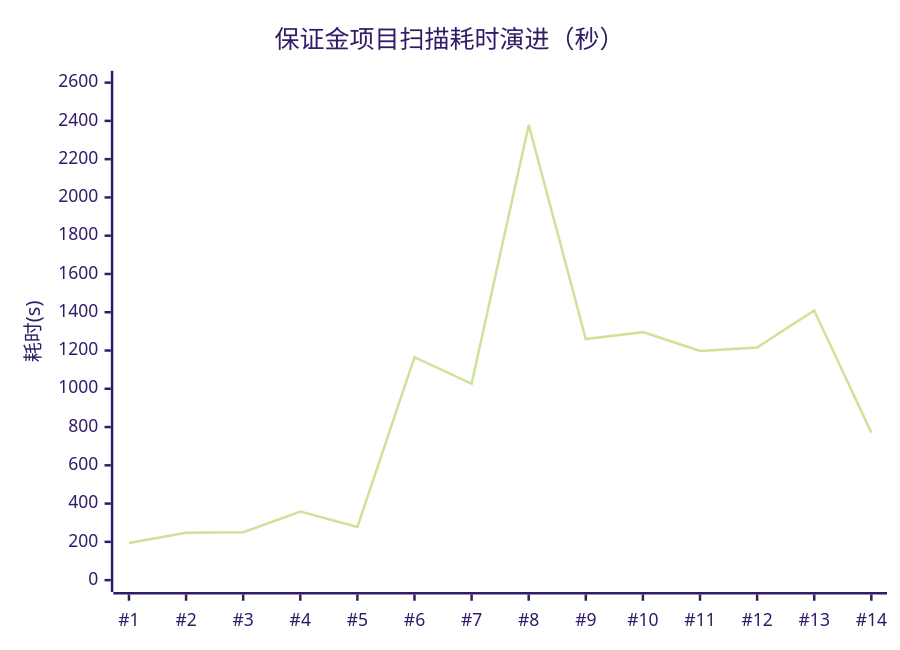
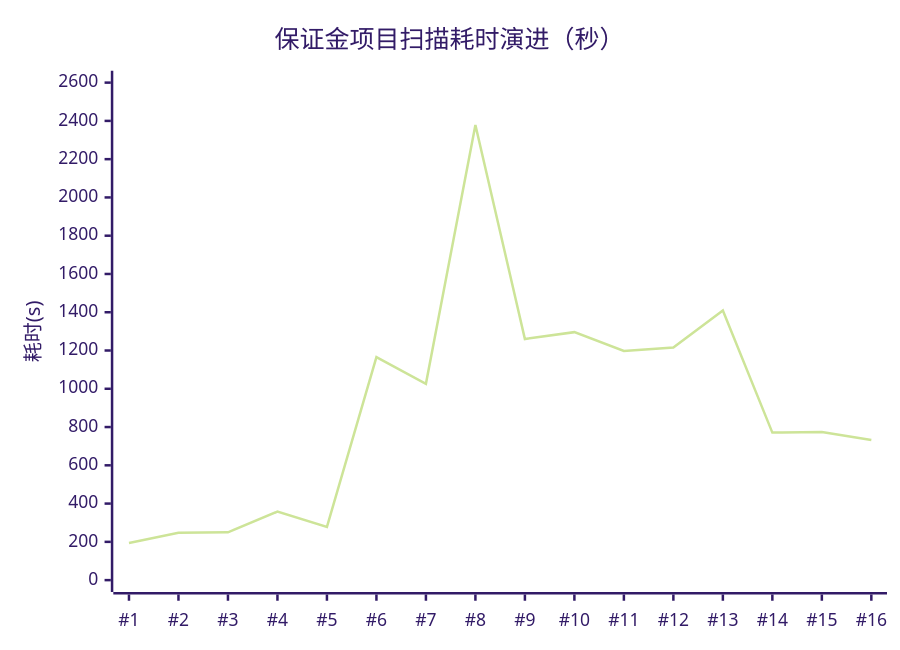
Before and after one commit to loveliunian/LegacyGraph: the first of 2 diagrams in doc/保证金项目图谱扫描优化清单.md, drawn with Mermaid (forest theme). The commit also changed other lines of this file and 46 other files, not shown here.

````diff
--- a/doc/保证金项目图谱扫描优化清单.md
+++ b/doc/保证金项目图谱扫描优化清单.md
@@ -9,7 +9,7 @@
 ```mermaid
 xychart-beta
     title "保证金项目扫描耗时演进（秒）"
-    x-axis ["#1", "#2", "#3", "#4", "#5", "#6", "#7", "#8", "#9", "#10", "#11", "#12", "#13", "#14"]
+    x-axis ["#1", "#2", "#3", "#4", "#5", "#6", "#7", "#8", "#9", "#10", "#11", "#12", "#13", "#14", "#15", "#16"]
     y-axis "耗时(s)" 0 --> 2600
-    line [194, 247, 250, 358, 278, 1165, 1026, 2379, 1260, 1296, 1198, 1216, 1409, 771]
+    line [194, 247, 250, 358, 278, 1165, 1026, 2379, 1260, 1296, 1198, 1216, 1409, 771, 774, 732]
 ```
````
